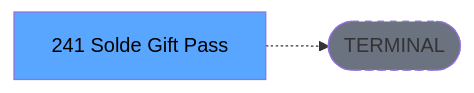
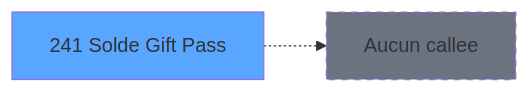
Before and after one commit to thonyAGP/magic-migration: the second of 2 diagrams in .openspec/specs/ADH-IDE-241.md, drawn with Mermaid. The commit also changed other lines of this file and 20 other files, not shown here.

````diff
--- a/.openspec/specs/ADH-IDE-241.md
+++ b/.openspec/specs/ADH-IDE-241.md
@@ -134,8 +191,8 @@
 ```mermaid
 graph LR
-    T[241 Solde Gift Pass]
-    TERM([TERMINAL])
-    T -.-> TERM
-    style TERM fill:#6b7280,stroke-dasharray: 5 5
-    style T fill:#58a6ff,color:#000
+    T241[241 Solde Gift Pass]
+    style T241 fill:#58a6ff
+    NONE[Aucun callee]
+    T241 -.-> NONE
+    style NONE fill:#6b7280,stroke-dasharray: 5 5
 ```
````
